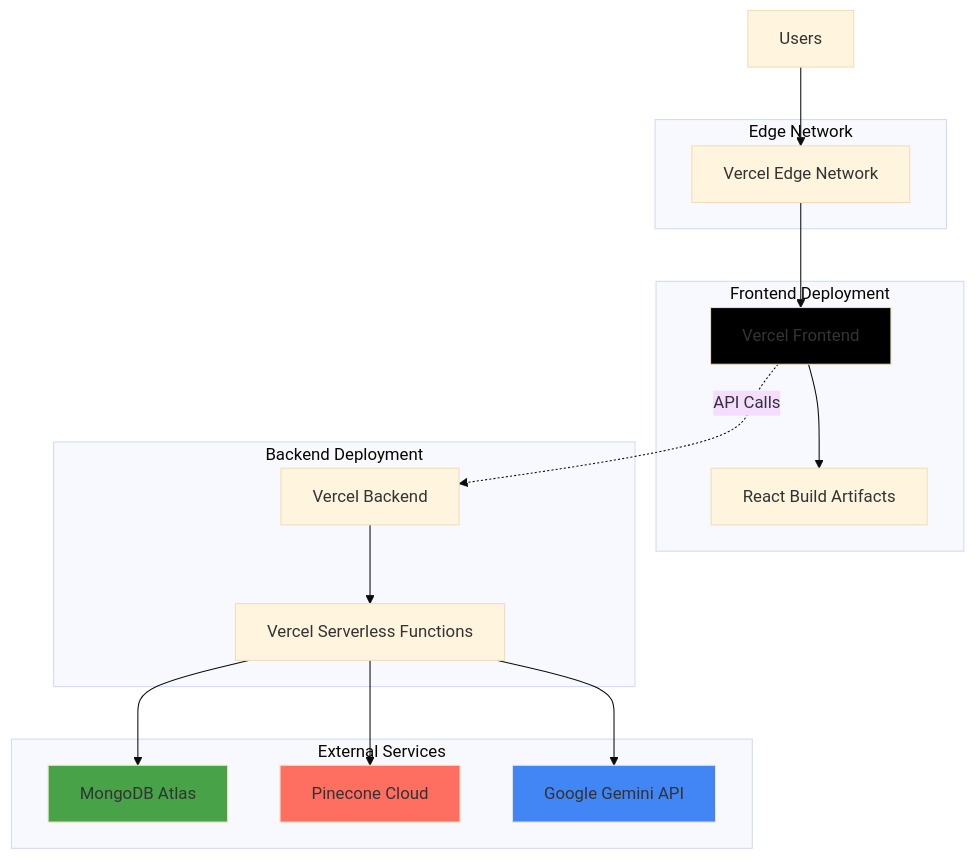
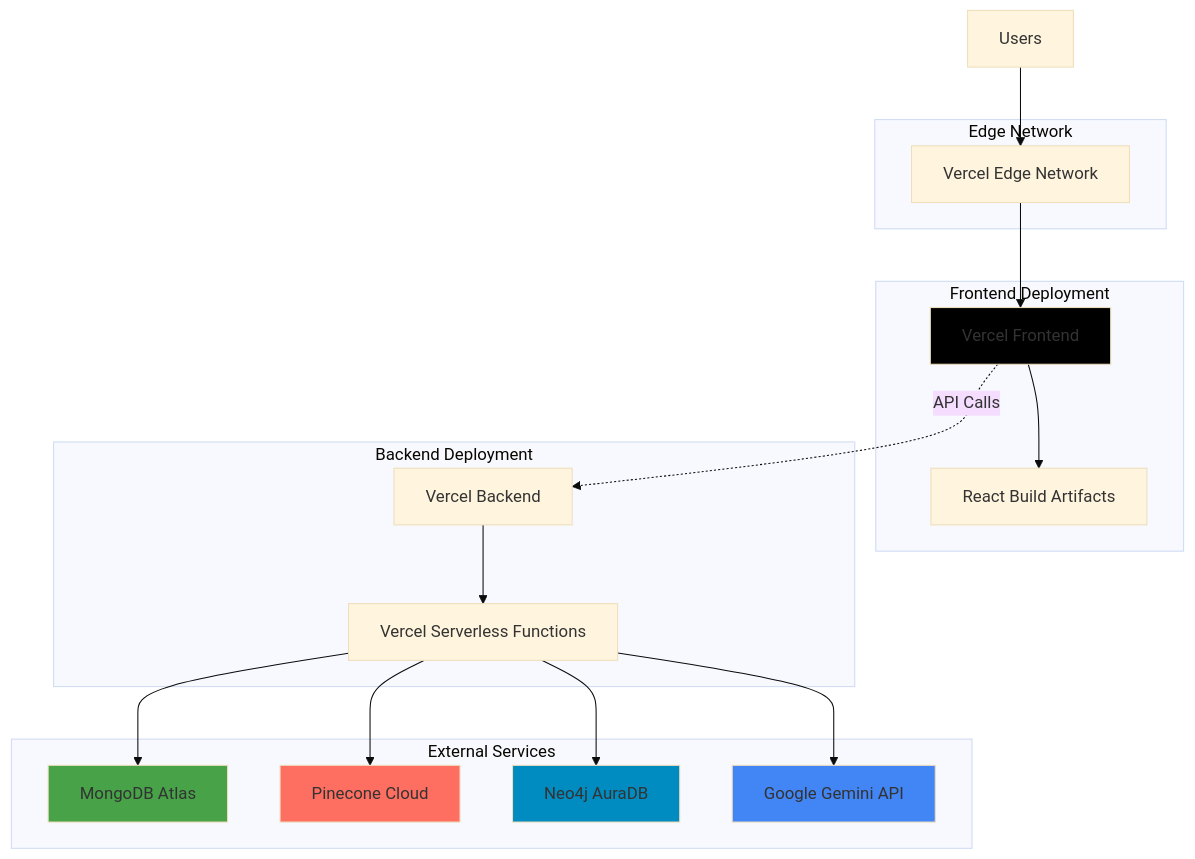
One commit to hoangsonww/AI-RAG-Assistant-Chatbot changed diagram 34 of 43 in ARCHITECTURE.md. Above: the diagram before and after it, drawn with Mermaid (base theme). The commit also changed other lines of this file and 32 other files, not shown here.

First line of the commit message:
feat(rag): add hybrid Pinecone+Neo4j retrieval, graph ingestion, and CLI graph management

````diff
--- a/ARCHITECTURE.md
+++ b/ARCHITECTURE.md
@@ -1209,38 +1681,41 @@
 ```mermaid
 graph TB
     subgraph "Edge Network"
         CDN[Vercel Edge Network]
     end
 
     subgraph "Frontend Deployment"
         ReactBuild[React Build Artifacts]
         VercelFrontend[Vercel Frontend]
     end
 
     subgraph "Backend Deployment"
         ServerlessFunctions[Vercel Serverless Functions]
         VercelBackend[Vercel Backend]
     end
 
     subgraph "External Services"
         MongoDB[MongoDB Atlas]
         Pinecone[Pinecone Cloud]
+        Neo4j[Neo4j AuraDB]
         Gemini[Google Gemini API]
     end
 
     Users[Users] --> CDN
     CDN --> VercelFrontend
     VercelFrontend --> ReactBuild
 
     VercelFrontend -.API Calls.-> VercelBackend
     VercelBackend --> ServerlessFunctions
 
     ServerlessFunctions --> MongoDB
     ServerlessFunctions --> Pinecone
+    ServerlessFunctions --> Neo4j
     ServerlessFunctions --> Gemini
 
     style VercelFrontend fill:#000000
     style MongoDB fill:#47A248
     style Pinecone fill:#FF6F61
+    style Neo4j fill:#008CC1
     style Gemini fill:#4285F4
 ```
````
